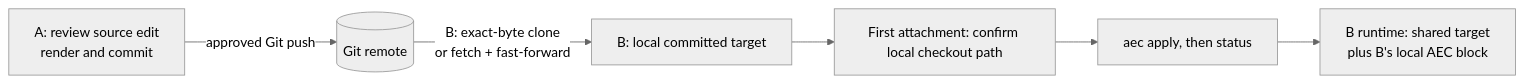
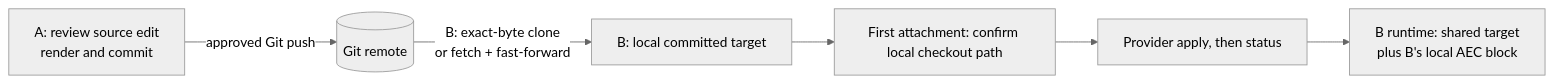
Before and after one commit to ferrywlto/ai-env-as-code: the fourth of 11 diagrams in docs/reference.md, drawn with Mermaid (neutral theme). The commit also changed other lines of this file and 35 other files, not shown here.

````diff
--- a/docs/reference.md
+++ b/docs/reference.md
@@ -179,8 +181,8 @@
 ```mermaid
 flowchart LR
     A["A: review source edit<br/>render and commit"] -->|"approved Git push"| Remote[(Git remote)]
     Remote -->|"B: exact-byte clone<br/>or fetch + fast-forward"| B["B: local committed target"]
     B --> Confirm["First attachment: confirm local checkout path"]
-    Confirm --> Apply["aec apply, then status"]
+    Confirm --> Apply["Provider apply, then status"]
     Apply --> Runtime["B runtime: shared target<br/>plus B's local AEC block"]
 ```
````
